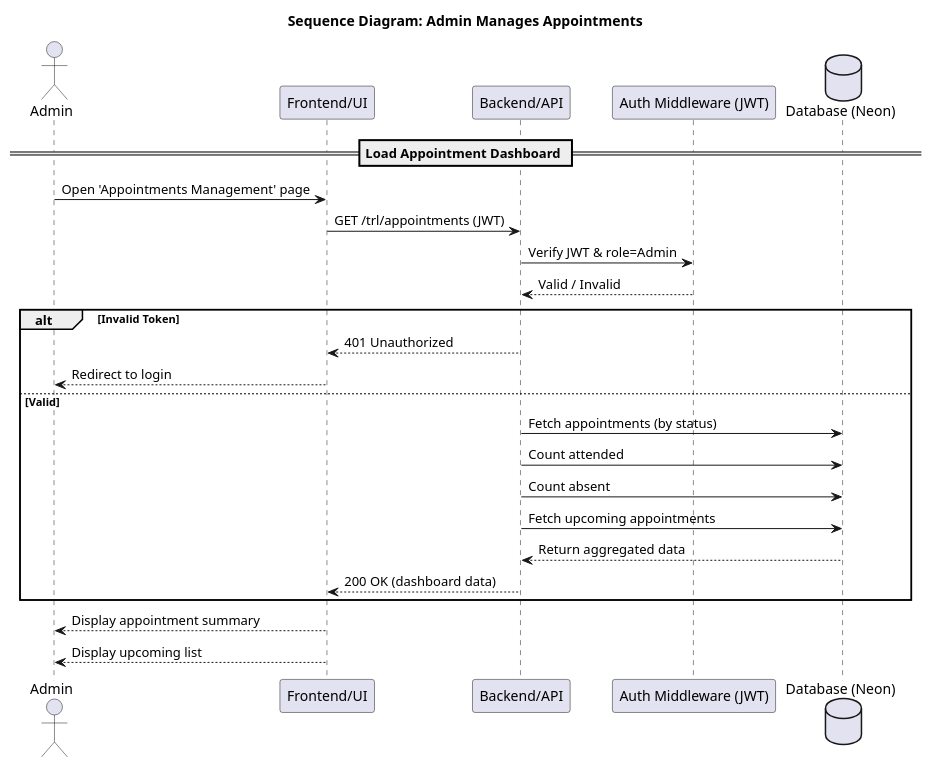
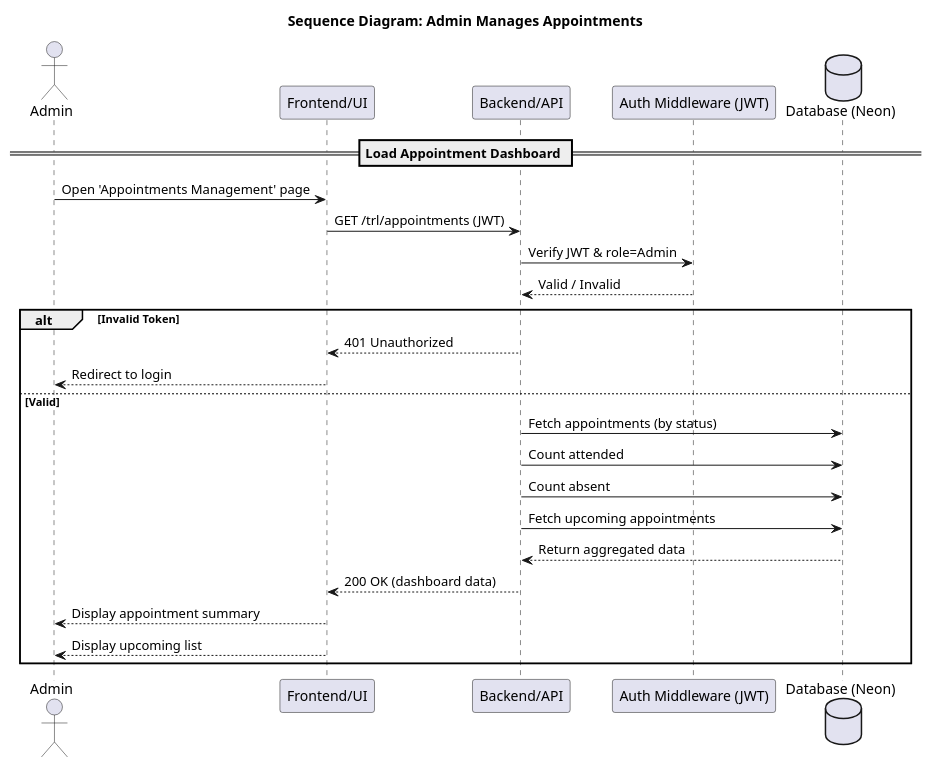
One commit to punyanuch-h/trl-research-frontend changed the diagram in sequence diagram/admin/admin_manage_appointments.puml. Above: the diagram before and after it, drawn with PlantUML. The commit also changed 14 other files, not shown here.

```diff
--- a/sequence diagram/admin/admin_manage_appointments.puml
+++ b/sequence diagram/admin/admin_manage_appointments.puml
@@ -1,32 +1,33 @@
 @startuml
 title Sequence Diagram: Admin Manages Appointments
 actor Admin
 participant "Frontend/UI" as UI
 participant "Backend/API" as API
 participant "Auth Middleware (JWT)" as AUTH
 database "Database (Neon)" as DB
 
 == Load Appointment Dashboard ==
 
 Admin -> UI: Open 'Appointments Management' page
 UI -> API: GET /trl/appointments (JWT)
 
 API -> AUTH: Verify JWT & role=Admin
 AUTH --> API: Valid / Invalid
 
 alt Invalid Token
     API --> UI: 401 Unauthorized
     UI --> Admin: Redirect to login
 else Valid
     API -> DB: Fetch appointments (by status)
     API -> DB: Count attended
     API -> DB: Count absent
     API -> DB: Fetch upcoming appointments
     DB --> API: Return aggregated data
     API --> UI: 200 OK (dashboard data)
+    UI --> Admin: Display appointment summary
+    UI --> Admin: Display upcoming list
 end
 
-UI --> Admin: Display appointment summary
-UI --> Admin: Display upcoming list
+
 
 @enduml
```
